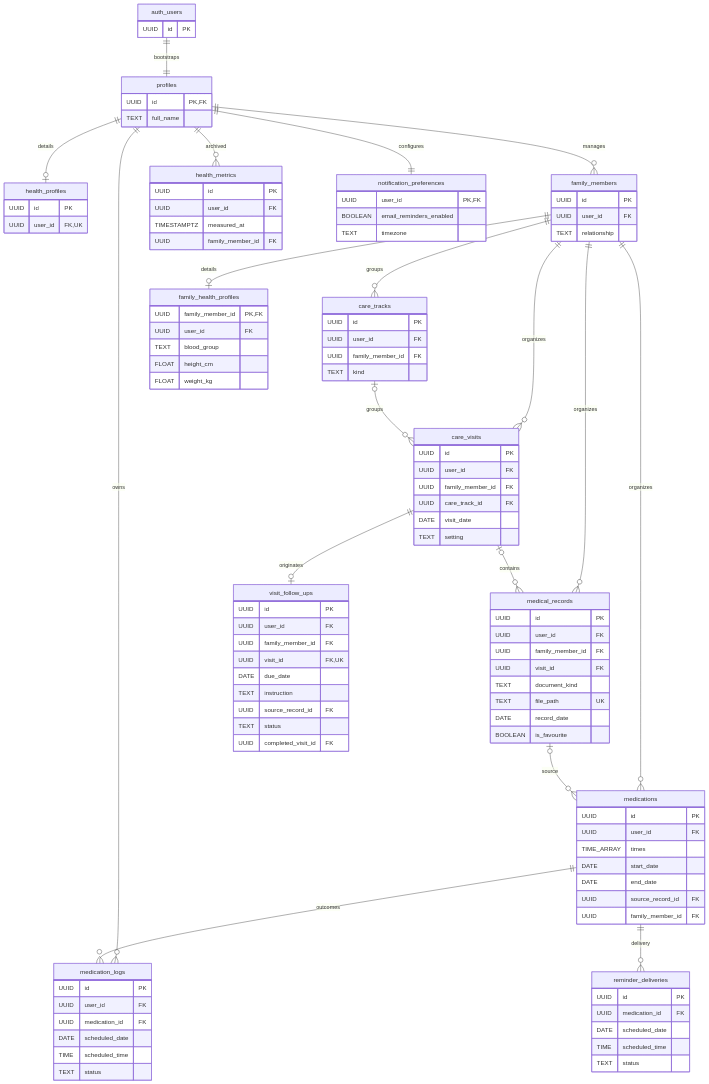
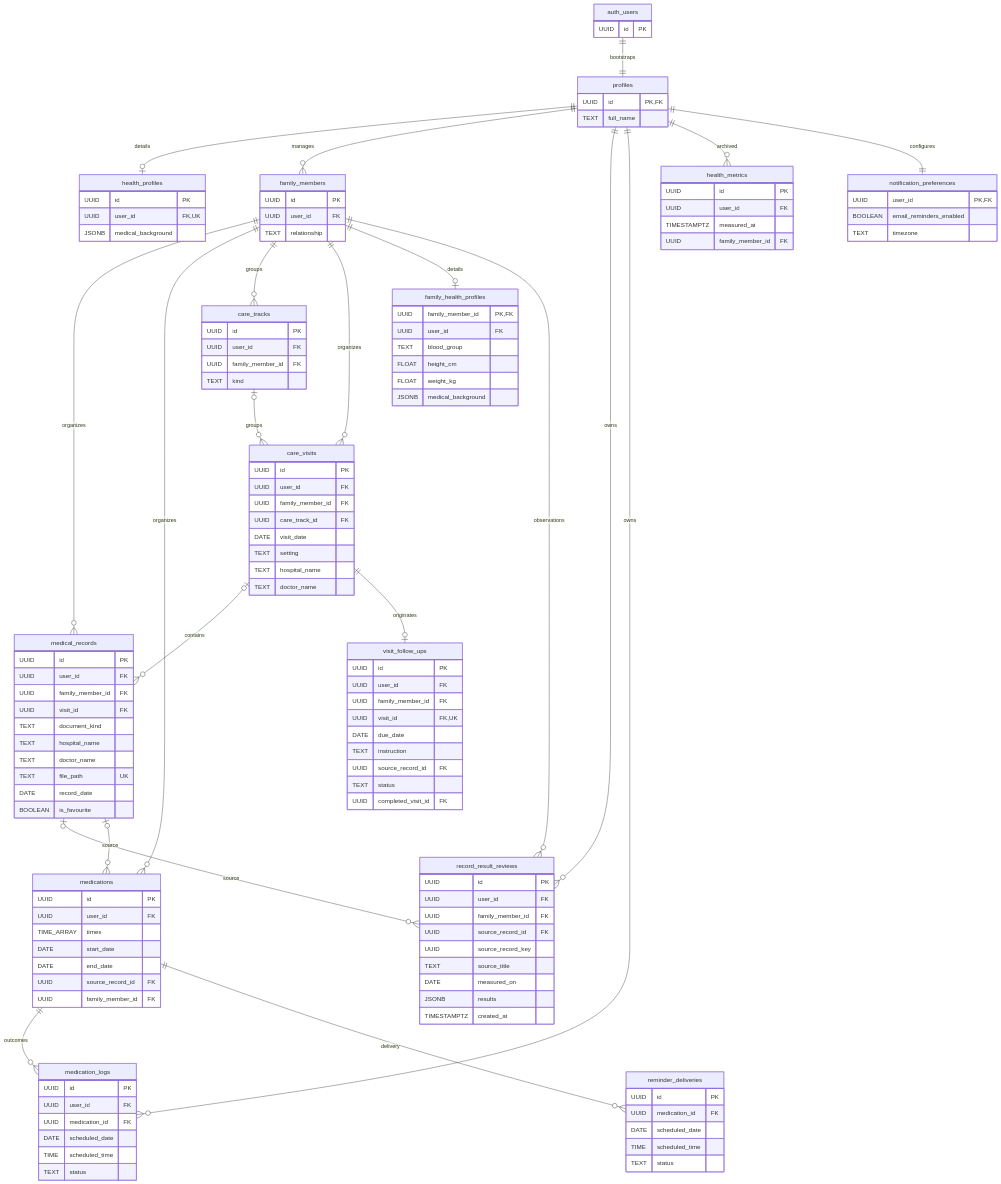
The fourth of 4 diagrams in docs/architecture.md (adrock18/medivault), drawn with Mermaid before and after one commit. The commit also changed other lines of this file and 102 other files, not shown here.

Commit message:
Polish records workflow and split hospital and doctor fields

```diff
--- a/docs/architecture.md
+++ b/docs/architecture.md
@@ -83,6 +109,9 @@
   family_members ||--o{ care_tracks : groups
   family_members ||--o{ care_visits : organizes
   family_members ||--o| family_health_profiles : details
+  profiles ||--o{ record_result_reviews : owns
+  family_members ||--o{ record_result_reviews : observations
+  medical_records o|--o{ record_result_reviews : source
   care_tracks o|--o{ care_visits : groups
   care_visits o|--o{ medical_records : contains
   care_visits ||--o| visit_follow_ups : originates
@@ -102,6 +131,7 @@
   health_profiles {
     UUID id PK
     UUID user_id FK,UK
+    JSONB medical_background
   }
   family_health_profiles {
     UUID family_member_id PK,FK
@@ -109,6 +139,7 @@
     TEXT blood_group
     FLOAT height_cm
     FLOAT weight_kg
+    JSONB medical_background
   }
   family_members {
     UUID id PK
@@ -121,6 +152,8 @@
     UUID family_member_id FK
     UUID visit_id FK
     TEXT document_kind
+    TEXT hospital_name
+    TEXT doctor_name
     TEXT file_path UK
     DATE record_date
     BOOLEAN is_favourite
@@ -133,6 +166,17 @@
     DATE end_date
     UUID source_record_id FK
     UUID family_member_id FK
+  }
+  record_result_reviews {
+    UUID id PK
+    UUID user_id FK
+    UUID family_member_id FK
+    UUID source_record_id FK
+    UUID source_record_key
+    TEXT source_title
+    DATE measured_on
+    JSONB results
+    TIMESTAMPTZ created_at
   }
   care_tracks {
     UUID id PK
@@ -147,6 +191,8 @@
     UUID care_track_id FK
     DATE visit_date
     TEXT setting
+    TEXT hospital_name
+    TEXT doctor_name
   }
   visit_follow_ups {
     UUID id PK
```
